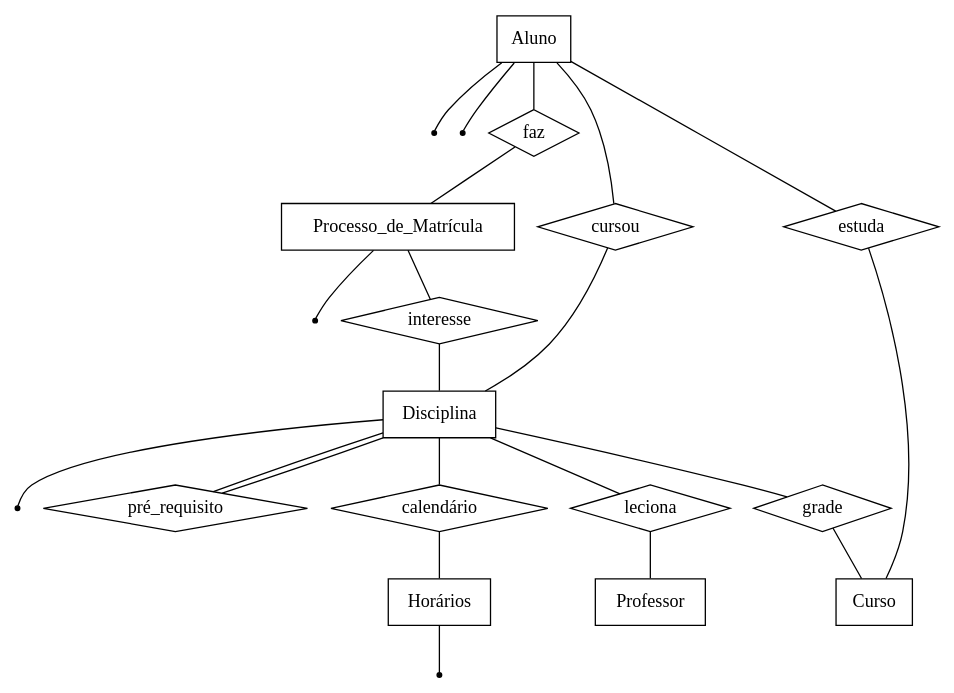
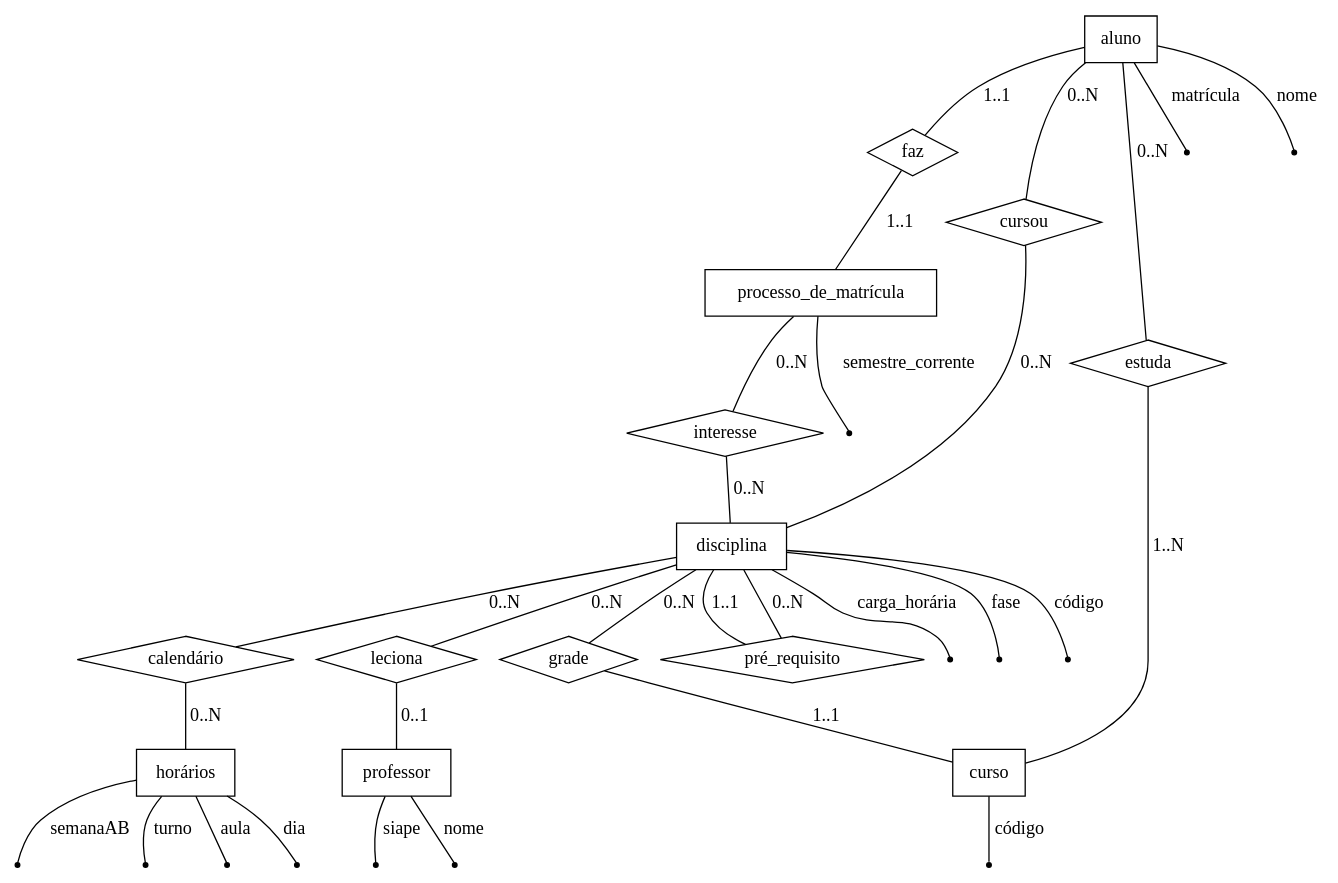
One commit to cantuu/BCD29008 changed the diagram in diagramaER.dot. Above: the diagram before and after it, drawn with Graphviz.

```diff
--- a/diagramaER.dot
+++ b/diagramaER.dot
@@ -1,43 +1,77 @@
-graph diagramaER {
+graph diagramaER{
 
-	//Entidades
-	Aluno [shape = record]
-	Processo_de_Matrícula [shape = record]
-	Disciplina [shape = record]
-	Horários [shape = record]
-	Professor [shape = record]
-	Curso [shape = record]
+	//entidades
+	aluno [shape = record]
+	disciplina [shape = record]
+	processo_de_matrícula [shape = record]
+	horários [shape = record]
+	professor [shape = record]
+	curso [shape = record]
 
-	//Atributos
-	Nome [shape = point]
-	Matricula [shape = point]
-	Semestre_corrente [shape = point]
-	Carga_horaria [shape = point]
-	Turno [shape = point]
+	//relacionamento
+	cursou [shape=diamond] // entidade associativa e possui atributo semestre.
+	faz [shape=diamond]
+	interesse [shape=diamond]
+	estuda [shape=diamond]
+	pré_requisito [shape=diamond]
+	calendário [shape=diamond]  // entidade associativa e possui atributo semestre_corrente.
+	grade [shape=diamond]
+	leciona [shape=diamond]
 
-	//Relacionamentos
-	faz [shape = diamond]	
-	cursou [shape = diamond]
-	pré_requisito [shape = diamond]
-	interesse [shape = diamond]
-	calendário [shape = diamond]
-	estuda [shape = diamond]
-	leciona [shape = diamond]
-	grade [shape = diamond]
+	//atributos
+	matrícula [shape = point]
+	nome [shape = point]
+	semestre_corrente [shape = point]
+	carga_horária  [shape = point]
+	fase  [shape = point]
+	siape  [shape = point]
+	turno  [shape = point]
+	aula [shape = point]
+	dia  [shape = point]
+	semanaAB  [shape = point]
+	nomeP [shape = point]
+	código [shape = point]
+	códigoC [shape = point]
 
-	//Ligação
-	Aluno -- faz -- Processo_de_Matrícula
-	Aluno -- estuda -- Curso
-	Aluno -- cursou -- Disciplina
-	Processo_de_Matrícula -- interesse -- Disciplina
-	Disciplina -- calendário -- Horários
-	Disciplina -- pré_requisito -- Disciplina
-	Disciplina -- leciona -- Professor
-	Disciplina -- grade -- Curso
-	
-	Aluno -- Nome
-	Aluno -- Matricula
-	Processo_de_Matrícula -- Semestre_corrente
-	Disciplina -- Carga_horaria
-	Horários -- Turno	
+	aluno -- matrícula [label = "matrícula"] // identificador do aluno.
+	aluno -- nome [label = "nome"]
+	processo_de_matrícula -- semestre_corrente [label = "semestre_corrente"]
+	disciplina -- carga_horária [label = "carga_horária"]
+	disciplina -- fase [label = "fase"]
+	disciplina -- código [label = "código"] // identificador de disciplina.
+	professor -- siape [label = "siape"] // identificador do professor.
+	professor -- nomeP [label = "nome"]
+	horários -- turno [label = "turno"]
+	horários -- aula [label = "aula"]
+	horários -- dia [label = "dia"]
+	horários -- semanaAB [label = "semanaAB"]
+	curso -- códigoC [label = "código"] // identificador de curso.
+
+	//ligação com cardinalidade
+	aluno -- cursou [label="0..N"]
+	cursou -- disciplina [label="0..N"]
+
+	aluno -- faz  [label="1..1"]
+	faz -- processo_de_matrícula [label="1..1"]
+
+	aluno -- estuda [label="0..N"]  
+	estuda -- curso [label="1..N"] 
+
+	processo_de_matrícula -- interesse [label="0..N"] 
+	interesse -- disciplina [label="0..N"]
+
+	disciplina -- pré_requisito [label="1..1"]
+	pré_requisito -- disciplina [label="0..N"]
+
+	disciplina -- calendário [label="0..N"]
+	calendário -- horários [label="0..N"]
+
+	disciplina -- grade [label="0..N"]
+ 	grade -- curso [label="1..1"]
+
+	disciplina -- leciona [label="0..N"] //vai dar problema mais tarde, pois quando tenho n, ele precisa de mais uma tabela.
+	leciona -- professor  [label="0..1"] 
+
+
+
 }
```
